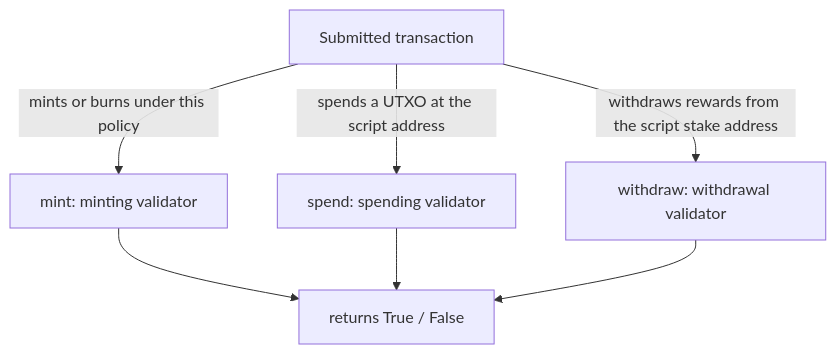
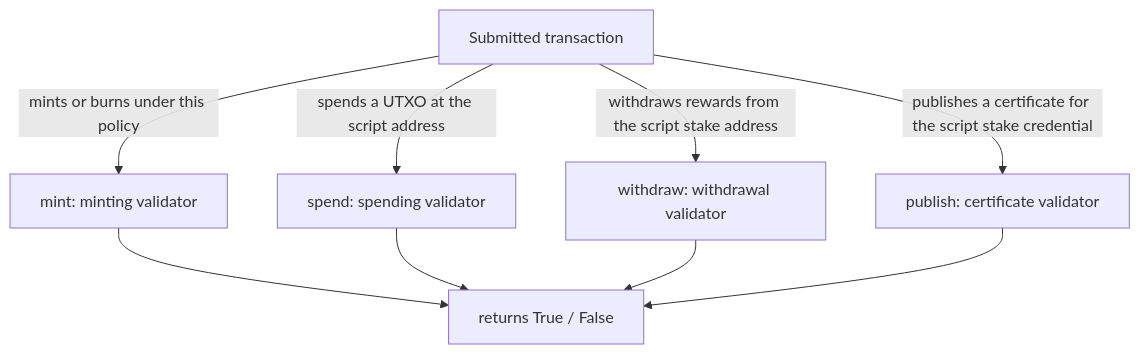
Before and after one commit to cardano-foundation/developer-portal: the first of 2 diagrams in docs/developers/curriculum/smart-contracts/write-a-validator.md, drawn with Mermaid. The commit also changed other lines of this file and 2 other files, not shown here.

Commit message:
Document certificate validators and script-controlled staking

````diff
--- a/docs/developers/curriculum/smart-contracts/write-a-validator.md
+++ b/docs/developers/curriculum/smart-contracts/write-a-validator.md
@@ -27,10 +27,12 @@
 ```mermaid
 flowchart TD
     TX["Submitted transaction"]
     TX -->|"mints or burns under this policy"| MINT["mint: minting validator"]
     TX -->|"spends a UTXO at the script address"| SPEND["spend: spending validator"]
     TX -->|"withdraws rewards from the script stake address"| WITHDRAW["withdraw: withdrawal validator"]
+    TX -->|"publishes a certificate for the script stake credential"| PUB["publish: certificate validator"]
     MINT --> R["returns True / False"]
     SPEND --> R
     WITHDRAW --> R
+    PUB --> R
 ```
````
